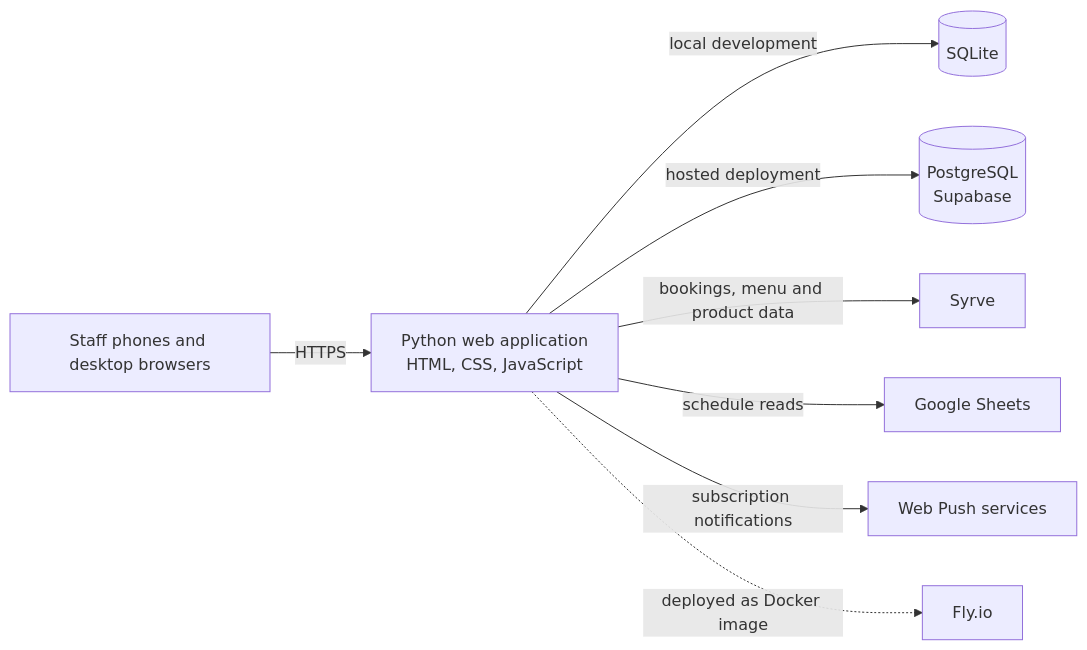
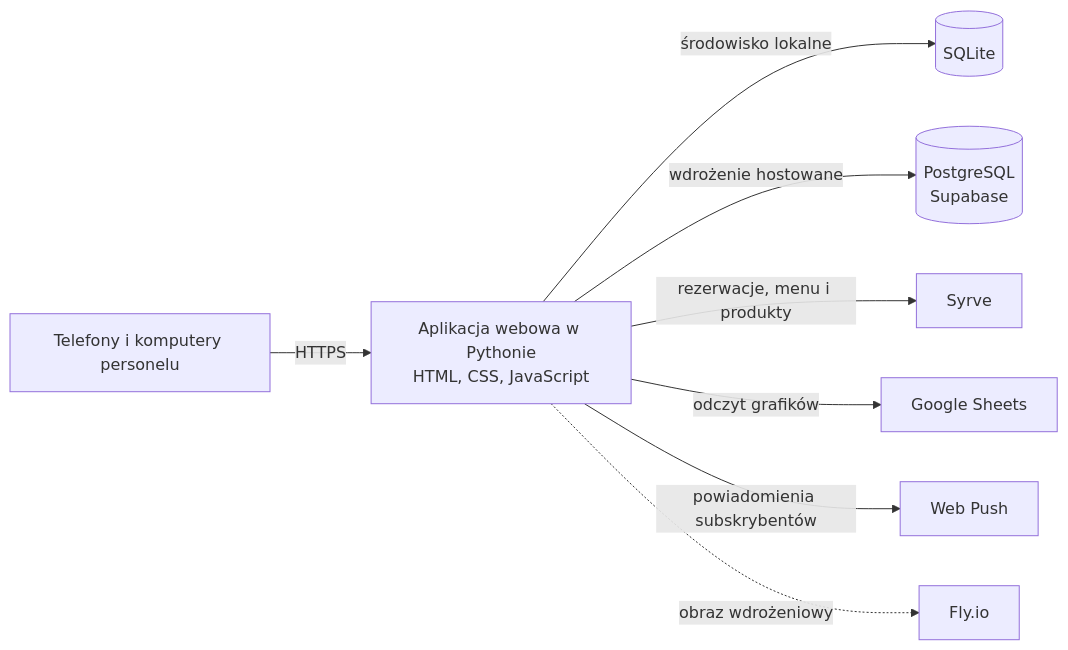
One commit to 221Studios/KidsOffice changed the first of 2 diagrams in README.md. Above: the diagram before and after it, drawn with Mermaid. The commit also changed other lines of this file and 3 other files, not shown here.

````diff
--- a/README.md
+++ b/README.md
@@ -32,10 +32,10 @@
 ```mermaid
 flowchart LR
-    Staff[Staff phones and desktop browsers] -->|HTTPS| App[Python web application<br/>HTML, CSS, JavaScript]
-    App -->|local development| SQLite[(SQLite)]
-    App -->|hosted deployment| PG[(PostgreSQL<br/>Supabase)]
-    App -->|bookings, menu and product data| POS[Syrve]
-    App -->|schedule reads| Sheets[Google Sheets]
-    App -->|subscription notifications| Push[Web Push services]
-    App -. deployed as Docker image .-> Host[Fly.io]
+    Staff[Telefony i komputery personelu] -->|HTTPS| App[Aplikacja webowa w Pythonie<br/>HTML, CSS, JavaScript]
+    App -->|środowisko lokalne| SQLite[(SQLite)]
+    App -->|wdrożenie hostowane| PG[(PostgreSQL<br/>Supabase)]
+    App -->|rezerwacje, menu i produkty| POS[Syrve]
+    App -->|odczyt grafików| Sheets[Google Sheets]
+    App -->|powiadomienia subskrybentów| Push[Web Push]
+    App -. obraz wdrożeniowy .-> Host[Fly.io]
 ```
````
